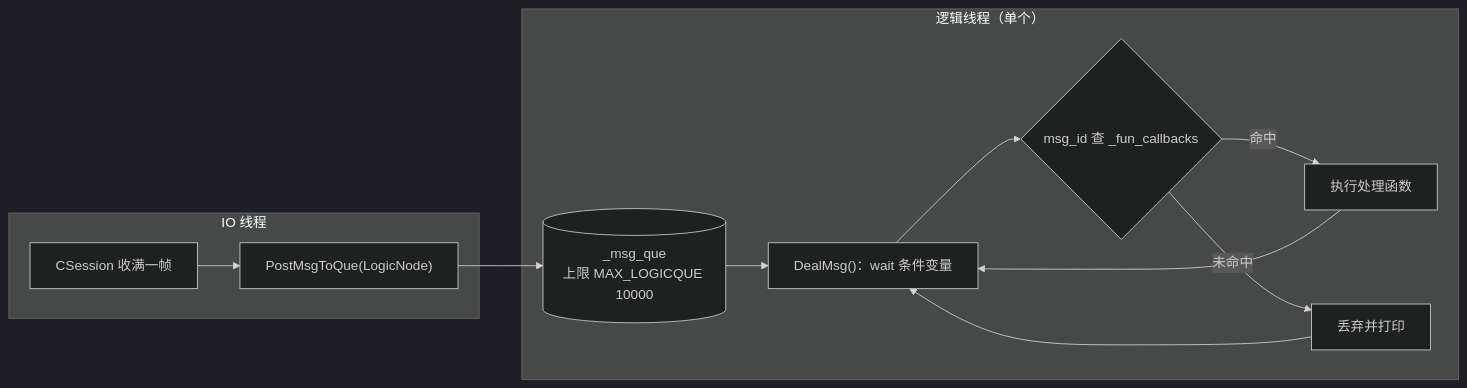
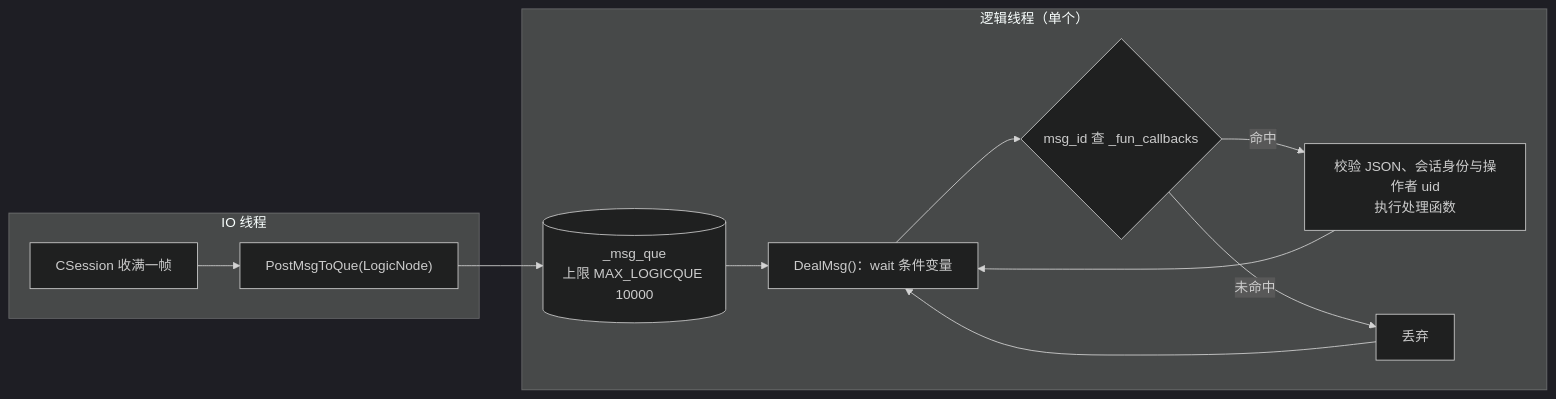
The third of 5 diagrams in docs/09-chat-server.md (yrc920/xiguchat), drawn with Mermaid (dark theme) before and after one commit. The commit also changed other lines of this file and 65 other files, not shown here.

````diff
--- a/docs/09-chat-server.md
+++ b/docs/09-chat-server.md
@@ -88,15 +91,15 @@
 ```mermaid
 flowchart LR
     subgraph io["IO 线程"]
         A["CSession 收满一帧"] --> B["PostMsgToQue(LogicNode)"]
     end
     subgraph logic["逻辑线程（单个）"]
         Q[("_msg_que<br/>上限 MAX_LOGICQUE 10000")] --> C["DealMsg()：wait 条件变量"]
         C --> D{"msg_id 查 _fun_callbacks"}
-        D -->|命中| E["执行处理函数"]
-        D -->|未命中| F["丢弃并打印"]
+        D -->|命中| E["校验 JSON、会话身份与操作者 uid<br/>执行处理函数"]
+        D -->|未命中| F["丢弃"]
         E --> C
         F --> C
     end
     B --> Q
 ```
````
